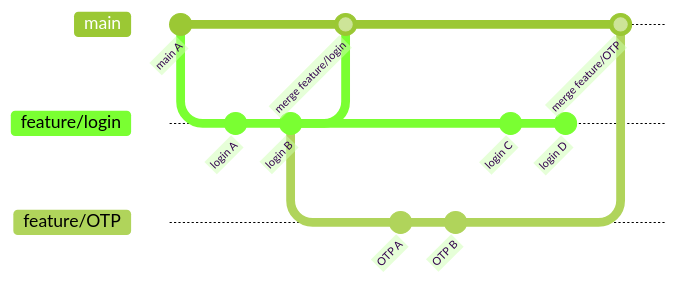
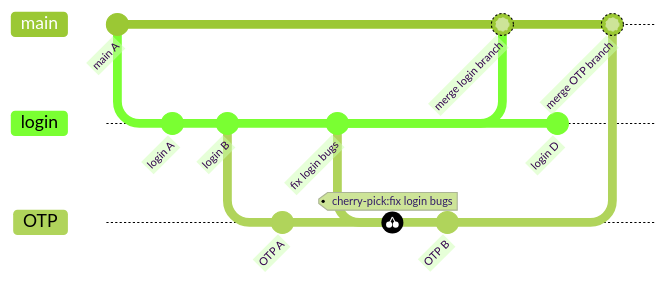
One commit to ZhenShuo2021/docs changed the diagram in docs/docs/01-git/01-preliminaries/01-basic-knowledge/index.md. Above: the diagram before and after it, drawn with Mermaid (forest theme). The commit also changed other lines of this file and 21 other files, not shown here.

````diff
--- a/docs/docs/01-git/01-preliminaries/01-basic-knowledge/index.md
+++ b/docs/docs/01-git/01-preliminaries/01-basic-knowledge/index.md
@@ -26,23 +32,29 @@
 ```mermaid
 gitGraph
   commit id: "main A"
   checkout main
-  branch feature/login
+  branch login
   commit id: "login A"
   commit id: "login B"
 
-  checkout main
-  merge feature/login id: "merge feature/login"
 
-  checkout feature/login
-  branch feature/OTP
+  checkout login
+  branch OTP
   commit id: "OTP A"
+
+  checkout login
+  commit id: "fix login bugs"
+
+  checkout OTP
+  cherry-pick id: "fix login bugs"
   commit id: "OTP B"
 
-  checkout feature/login
-  commit id: "login C"
+  checkout main
+  merge login id: "merge login branch"
+
+  checkout login
   commit id: "login D"
 
   checkout main
-  merge feature/OTP id: "merge feature/OTP"
+  merge OTP id: "merge OTP branch"
 ```
````
